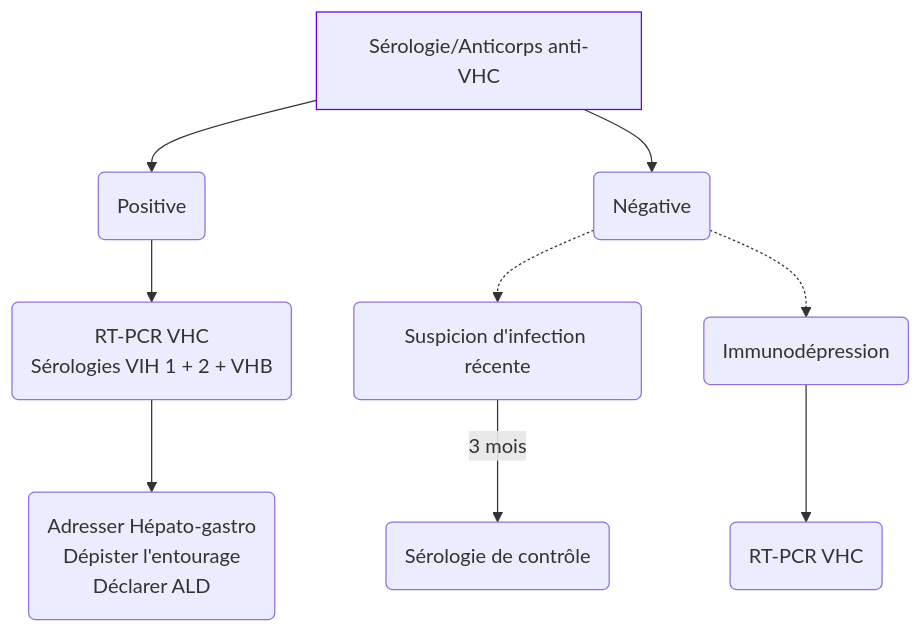
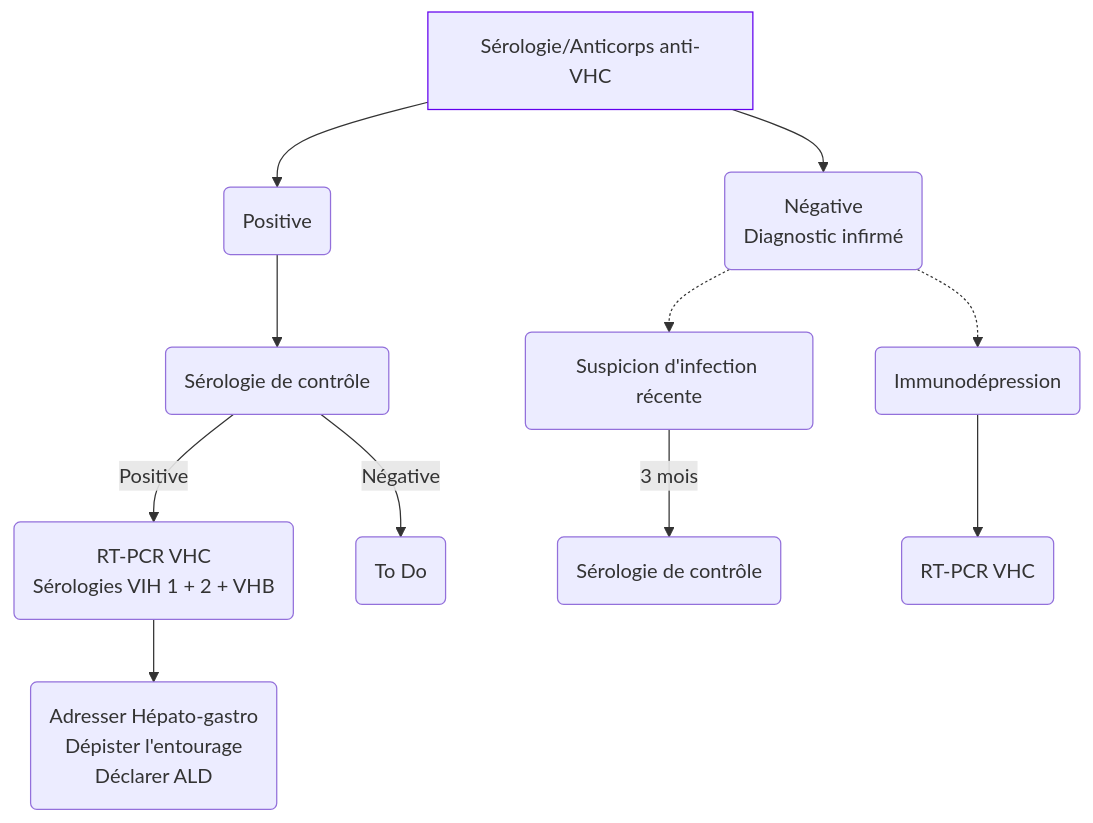
The first of 2 diagrams in content/recommandations/hepatite-c.md (djibe/recommandations-medicales), drawn with Mermaid before and after one commit. The commit also changed other lines of this file and 2 other files, not shown here.

```diff
--- a/content/recommandations/hepatite-c.md
+++ b/content/recommandations/hepatite-c.md
@@ -72,12 +147,14 @@
 {{< mermaid >}}
 graph TB
   serologie[Sérologie/Anticorps anti-VHC] --> serologie+(Positive)
   style serologie stroke:#6200ee, stroke-width:1px
-  serologie+ --> pcr(RT-PCR VHC<br>Sérologies VIH 1 + 2 + VHB)
-  pcr --> mg(Adresser Hépato-gastro<br>Dépister l'entourage<br>Déclarer ALD)
-  serologie --> serologie-(Négative)
+  serologie+ --> controle(Sérologie de contrôle)
+    controle -- Positive --> pcr(RT-PCR VHC<br>Sérologies VIH 1 + 2 + VHB)
+    controle -- Négative --> controleNegatif(To Do)
+    pcr --> mg(Adresser Hépato-gastro<br>Dépister l'entourage<br>Déclarer ALD)
+  serologie --> serologie-(Négative<br>Diagnostic infirmé)
   serologie- -.-> infRecente(Suspicion d'infection récente)
-  infRecente -- 3 mois --> 3mois(Sérologie de contrôle)
+    infRecente -- 3 mois --> 3mois(Sérologie de contrôle)
   serologie- -.-> immunodep(Immunodépression)
-  immunodep --> pcr2(RT-PCR VHC)
+    immunodep --> pcr2(RT-PCR VHC)
 {{< /mermaid >}}
```
